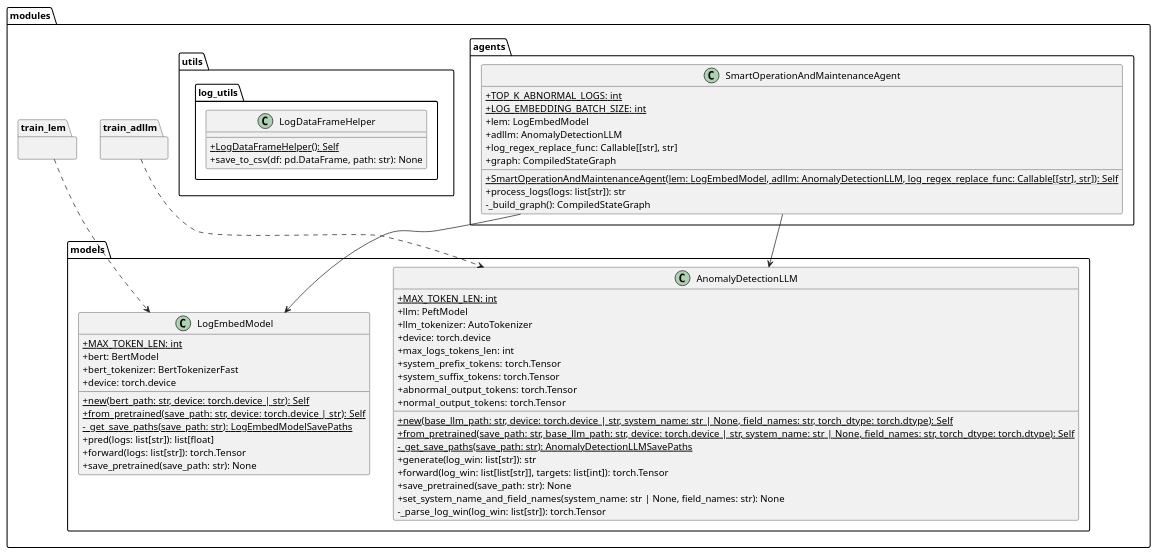
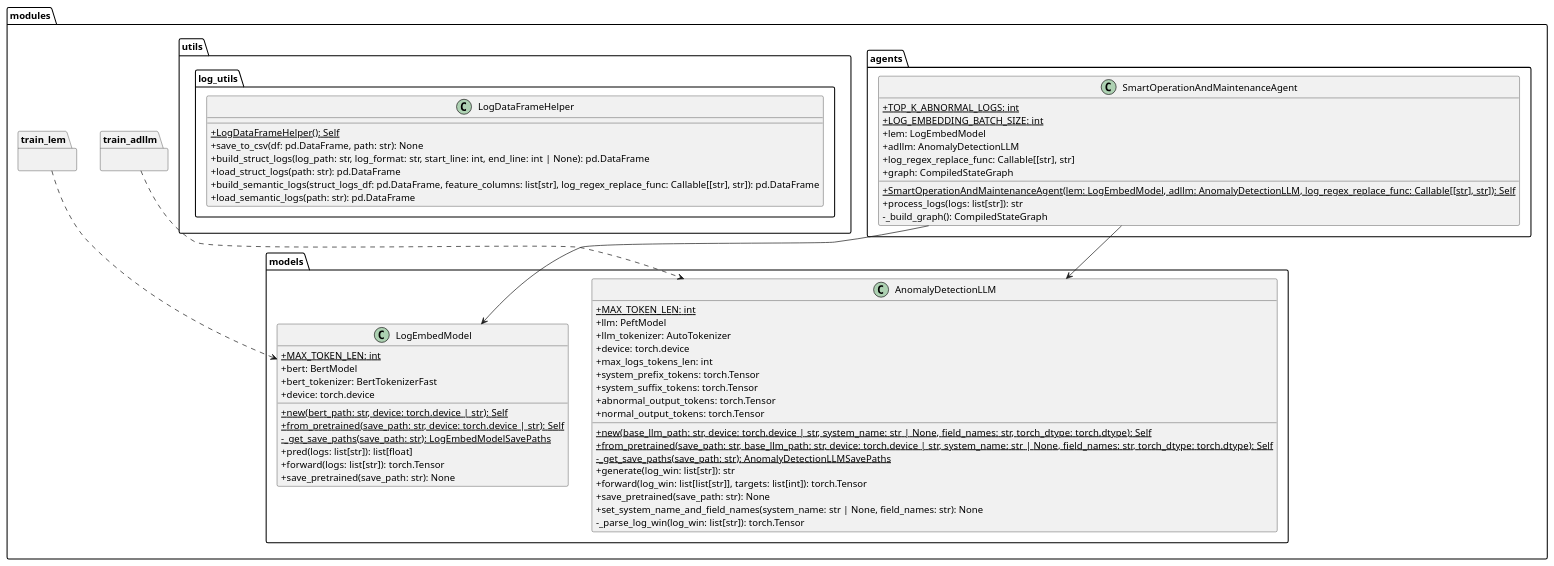
The diagram in docs/uml/class/smart-om-agent.pu (alsk1369854/smart-om-agent), drawn with PlantUML before and after one commit. The commit also changed 1 other file, not shown here.

Commit message:
refactor: LogDataFrameHelper

```diff
--- a/docs/uml/class/smart-om-agent.pu
+++ b/docs/uml/class/smart-om-agent.pu
@@ -1,77 +1,81 @@
 @startuml
 skinparam classAttributeIconSize 0
 ' left to right direction
 ' top to bottom direction
 
 package "modules" {
     package "agents" {
         class SmartOperationAndMaintenanceAgent {
             + {static} TOP_K_ABNORMAL_LOGS: int
             + {static} LOG_EMBEDDING_BATCH_SIZE: int
             + lem: LogEmbedModel
             + adllm: AnomalyDetectionLLM
             + log_regex_replace_func: Callable[[str], str]
             + graph: CompiledStateGraph
 
             + {static} SmartOperationAndMaintenanceAgent(lem: LogEmbedModel, adllm: AnomalyDetectionLLM, log_regex_replace_func: Callable[[str], str]): Self
             + process_logs(logs: list[str]): str
             - _build_graph(): CompiledStateGraph
             
         }
     }
 
     package "models" {
         class LogEmbedModel {
             + {static} MAX_TOKEN_LEN: int
             + bert: BertModel
             + bert_tokenizer: BertTokenizerFast
             + device: torch.device
 
             + {static} new(bert_path: str, device: torch.device | str): Self
             + {static} from_pretrained(save_path: str, device: torch.device | str): Self
             - {static} _get_save_paths(save_path: str): LogEmbedModelSavePaths
             + pred(logs: list[str]): list[float]
             + forward(logs: list[str]): torch.Tensor
             + save_pretrained(save_path: str): None
         }
 
         class AnomalyDetectionLLM {
             + {static} MAX_TOKEN_LEN: int
             + llm: PeftModel
             + llm_tokenizer: AutoTokenizer
             + device: torch.device
             + max_logs_tokens_len: int
             + system_prefix_tokens: torch.Tensor
             + system_suffix_tokens: torch.Tensor
             + abnormal_output_tokens: torch.Tensor
             + normal_output_tokens: torch.Tensor
 
             + {static} new(base_llm_path: str, device: torch.device | str, system_name: str | None, field_names: str, torch_dtype: torch.dtype): Self
             + {static} from_pretrained(save_path: str, base_llm_path: str, device: torch.device | str, system_name: str | None, field_names: str, torch_dtype: torch.dtype): Self
             - {static} _get_save_paths(save_path: str): AnomalyDetectionLLMSavePaths
             + generate(log_win: list[str]): str
             + forward(log_win: list[list[str]], targets: list[int]): torch.Tensor
             + save_pretrained(save_path: str): None
             + set_system_name_and_field_names(system_name: str | None, field_names: str): None
             - _parse_log_win(log_win: list[str]): torch.Tensor
         }
     }
 
     package "train_adllm" {}
     package "train_lem" {}
 
     package "utils" {
         package "log_utils" {
             class LogDataFrameHelper {
                 + {static} LogDataFrameHelper(): Self
                 + save_to_csv(df: pd.DataFrame, path: str): None
+                + build_struct_logs(log_path: str, log_format: str, start_line: int, end_line: int | None): pd.DataFrame
+                + load_struct_logs(path: str): pd.DataFrame
+                + build_semantic_logs(struct_logs_df: pd.DataFrame, feature_columns: list[str], log_regex_replace_func: Callable[[str], str]): pd.DataFrame
+                + load_semantic_logs(path: str): pd.DataFrame
             }
         }
     }
 }
 
 SmartOperationAndMaintenanceAgent --> LogEmbedModel
 SmartOperationAndMaintenanceAgent --> AnomalyDetectionLLM
 train_adllm ..> AnomalyDetectionLLM
 train_lem ..> LogEmbedModel
 @enduml
```
